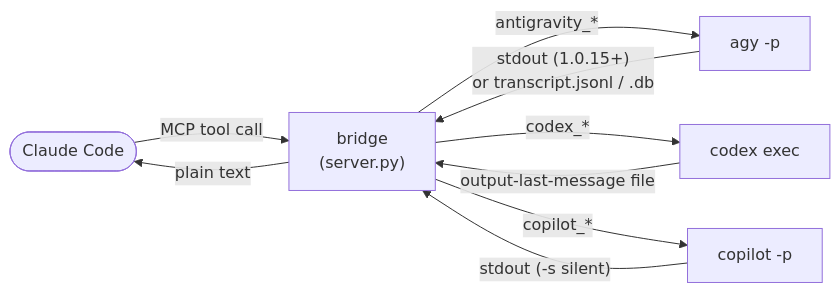
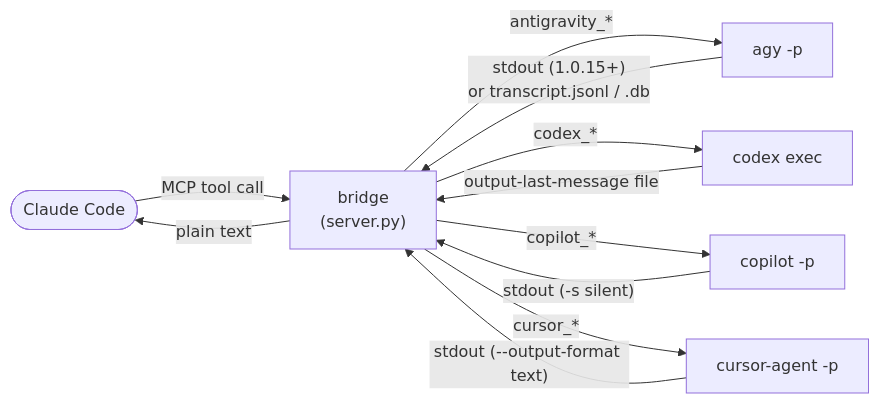
One commit to SinanTufekci/agent-intern changed the diagram in README.md. Above: the diagram before and after it, drawn with Mermaid. The commit also changed other lines of this file and 9 other files, not shown here.

First line of the commit message:
release: 0.21.0 — add Cursor (cursor-agent) as a fourth backend

````diff
--- a/README.md
+++ b/README.md
@@ -92,11 +100,13 @@
 ```mermaid
 flowchart LR
     A([Claude Code]) -- "MCP tool call" --> B["bridge<br/>(server.py)"]
     B -- "antigravity_*" --> C[agy -p]
     B -- "codex_*" --> D[codex exec]
     B -- "copilot_*" --> E[copilot -p]
+    B -- "cursor_*" --> F[cursor-agent -p]
     C -- "stdout (1.0.15+)<br/>or transcript.jsonl / .db" --> B
     D -- "output-last-message file" --> B
     E -- "stdout (-s silent)" --> B
+    F -- "stdout (--output-format text)" --> B
     B -- "plain text" --> A
 ```
````
